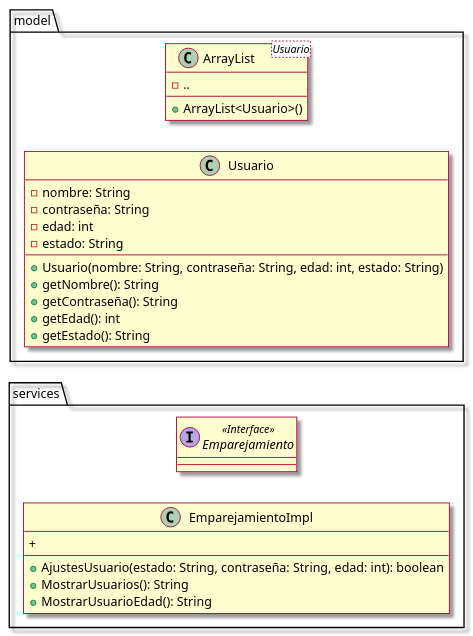
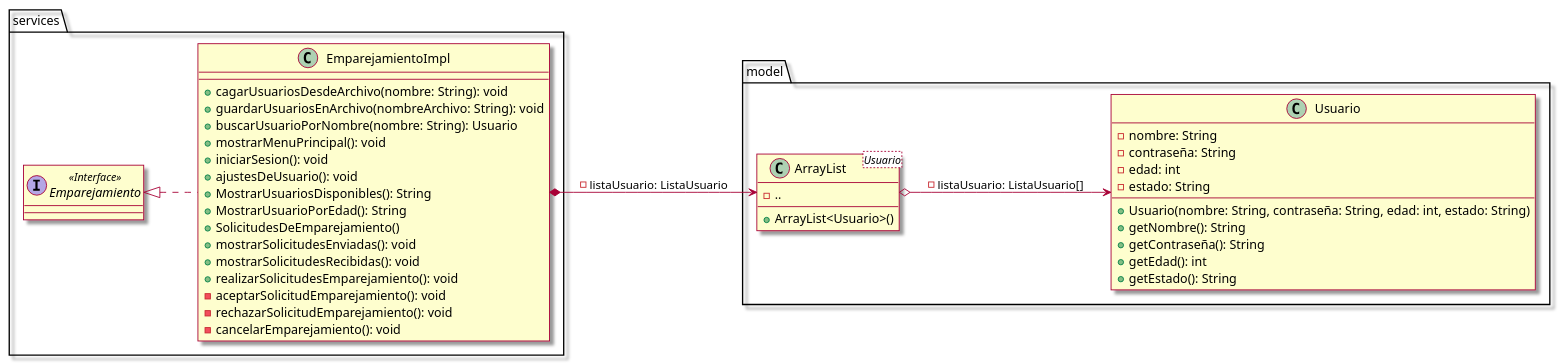
One commit to nipraaa/taller3 changed the diagram in taller-3/docs/clases.puml. Above: the diagram before and after it, drawn with PlantUML. The commit also changed 5 other files, not shown here.

```diff
--- a/taller-3/docs/clases.puml
+++ b/taller-3/docs/clases.puml
@@ -1,37 +1,50 @@
 @startuml
 left to right direction
 skin rose
 set separator none
 !pragma useIntermediatePackages false
 package services{
     interface Emparejamiento<<Interface>> {
     }
 
     class EmparejamientoImpl {
-    +AjustesUsuario(estado: String, contraseña: String, edad: int): boolean
-    +MostrarUsuarios(): String
-    +MostrarUsuarioEdad(): String
-    +
+    +cagarUsuariosDesdeArchivo(nombre: String): void
+    +guardarUsuariosEnArchivo(nombreArchivo: String): void
+    +buscarUsuarioPorNombre(nombre: String): Usuario
+    +mostrarMenuPrincipal(): void
+    +iniciarSesion(): void
+    +ajustesDeUsuario(): void
+    +MostrarUsuariosDisponibles(): String
+    +MostrarUsuarioPorEdad(): String
+    +SolicitudesDeEmparejamiento()
+    +mostrarSolicitudesEnviadas(): void
+    +mostrarSolicitudesRecibidas(): void
+    +realizarSolicitudesEmparejamiento(): void
+    -aceptarSolicitudEmparejamiento(): void
+    -rechazarSolicitudEmparejamiento(): void
+    -cancelarEmparejamiento(): void
     }
 }
 package model{
     class ArrayList<Usuario>{
         -..
         +ArrayList<Usuario>()
     }
     class Usuario{
         -nombre: String
         -contraseña: String
         -edad: int
         -estado: String
         +Usuario(nombre: String, contraseña: String, edad: int, estado: String)
         +getNombre(): String
         +getContraseña(): String
         +getEdad(): int
         +getEstado(): String
     }
 
 }
-
+ArrayList o--> Usuario: -listaUsuario: ListaUsuario[]
+Emparejamiento <|.. EmparejamientoImpl
+EmparejamientoImpl *--> ArrayList: -listaUsuario: ListaUsuario
 
 @enduml
```
